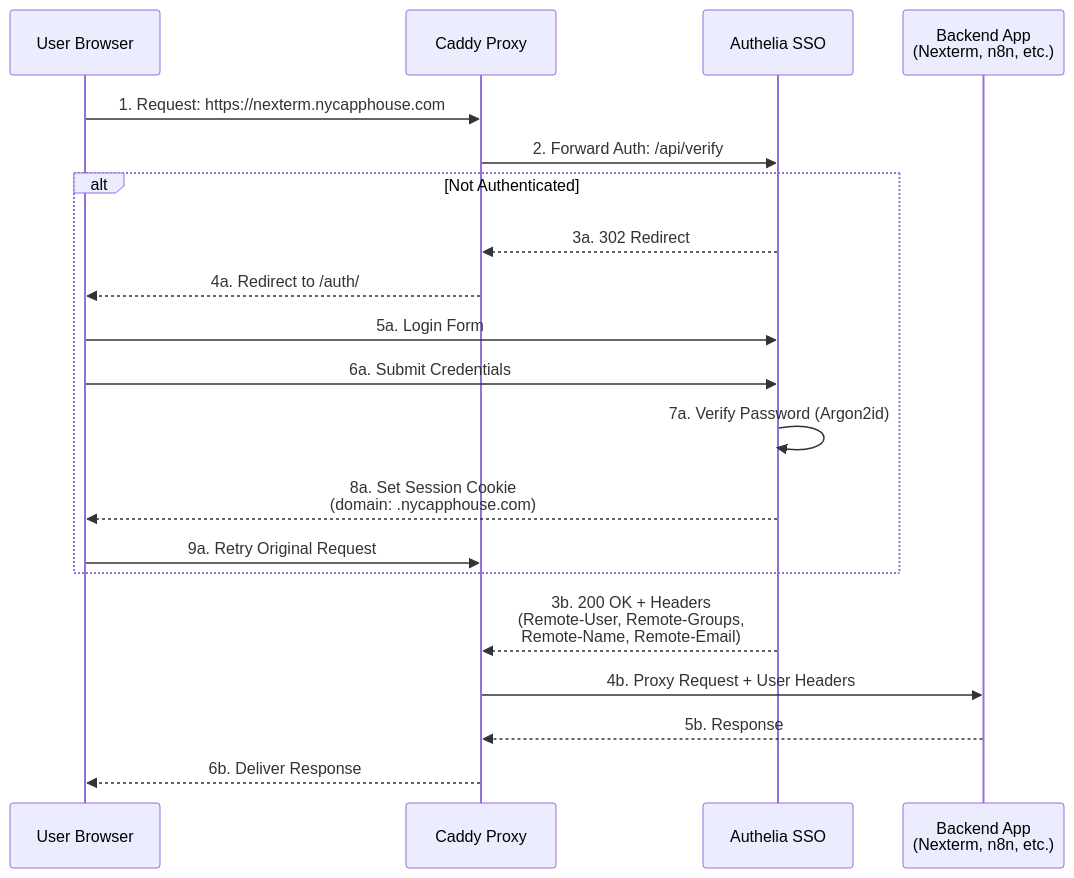
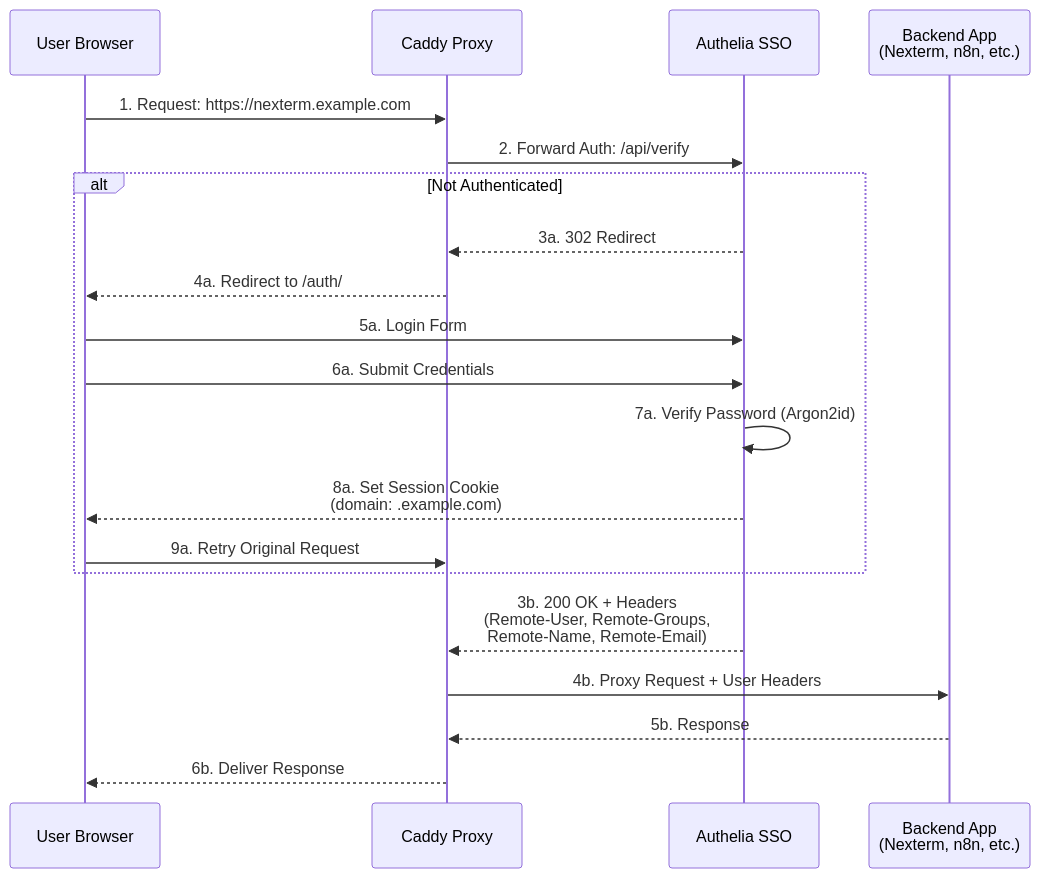
The second of 7 diagrams in docs/ARCHITECTURE.md (dustinnh/Walled-Garden), drawn with Mermaid before and after one commit. The commit also changed other lines of this file and 13 other files, not shown here.

````diff
--- a/docs/ARCHITECTURE.md
+++ b/docs/ARCHITECTURE.md
@@ -105,25 +105,25 @@
 ```mermaid
 sequenceDiagram
     participant User as User Browser
     participant Caddy as Caddy Proxy
     participant Authelia as Authelia SSO
     participant App as Backend App<br/>(Nexterm, n8n, etc.)
 
-    User->>Caddy: 1. Request: https://nexterm.nycapphouse.com
+    User->>Caddy: 1. Request: https://nexterm.example.com
     Caddy->>Authelia: 2. Forward Auth: /api/verify
 
     alt Not Authenticated
         Authelia-->>Caddy: 3a. 302 Redirect
         Caddy-->>User: 4a. Redirect to /auth/
         User->>Authelia: 5a. Login Form
         User->>Authelia: 6a. Submit Credentials
         Authelia->>Authelia: 7a. Verify Password (Argon2id)
-        Authelia-->>User: 8a. Set Session Cookie<br/>(domain: .nycapphouse.com)
+        Authelia-->>User: 8a. Set Session Cookie<br/>(domain: .example.com)
         User->>Caddy: 9a. Retry Original Request
     end
 
     Authelia-->>Caddy: 3b. 200 OK + Headers<br/>(Remote-User, Remote-Groups,<br/>Remote-Name, Remote-Email)
     Caddy->>App: 4b. Proxy Request + User Headers
     App-->>Caddy: 5b. Response
     Caddy-->>User: 6b. Deliver Response
 ```
````
